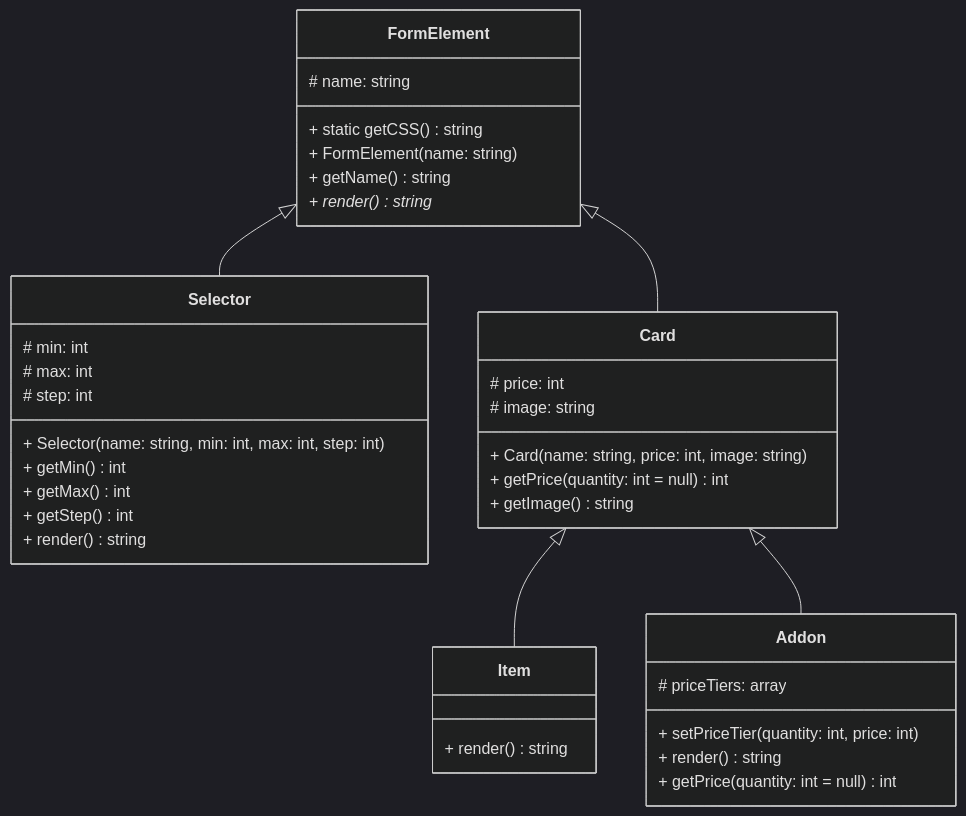
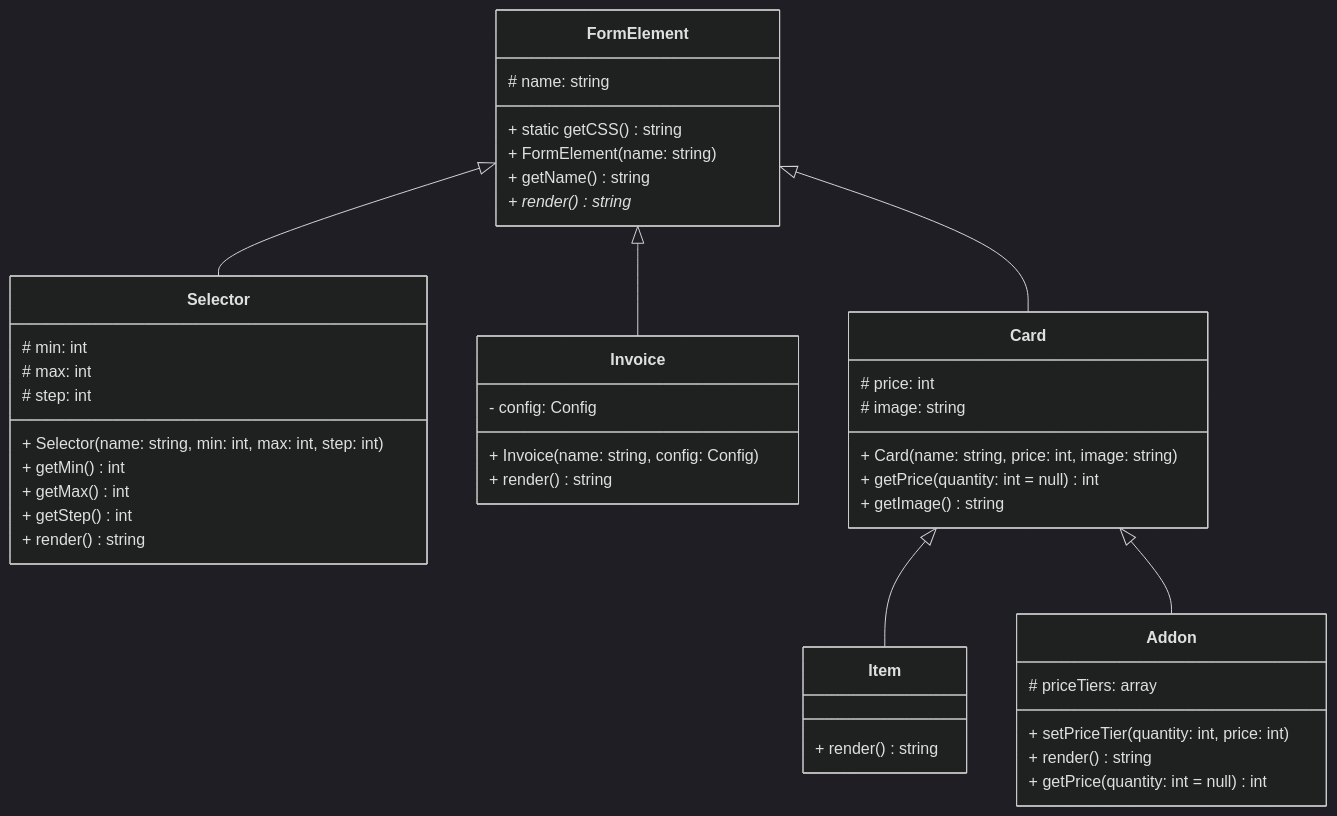
One commit to AlexandrAnatoliev/send-invoice changed the first of 2 diagrams in README.md. Above: the diagram before and after it, drawn with Mermaid (dark theme). The commit also changed other lines of this file, not shown here.

````diff
--- a/README.md
+++ b/README.md
@@ -180,47 +188,54 @@
 ```mermaid
 classDiagram
   
   class FormElement {
     # name: string
     + static getCSS() string
     + FormElement(name: string)
     + getName() string
     + render() string*
   }
 
   class Selector {
     # min: int
     # max: int
     # step: int
     + Selector(name: string, min: int, max: int, step: int)
     + getMin() int
     + getMax() int
     + getStep() int
+    + render() string
+  }
+
+  class Invoice {
+    - config: Config
+    + Invoice(name: string, config: Config)
     + render() string
   }
 
   class Card {
     # price: int
     # image: string
     + Card(name: string, price: int, image: string)
     + getPrice(quantity: int = null) int
     + getImage() string
   }
 
   class Item {
     + render() string
   }
 
   class Addon {
     # priceTiers: array
     + setPriceTier(quantity: int, price: int)
     + render() string
     + getPrice(quantity: int = null) int
   }
 
   FormElement  <|-- Selector
+  FormElement  <|-- Invoice
   FormElement  <|-- Card
   Card <|-- Item
   Card <|-- Addon
 
 ```
````
